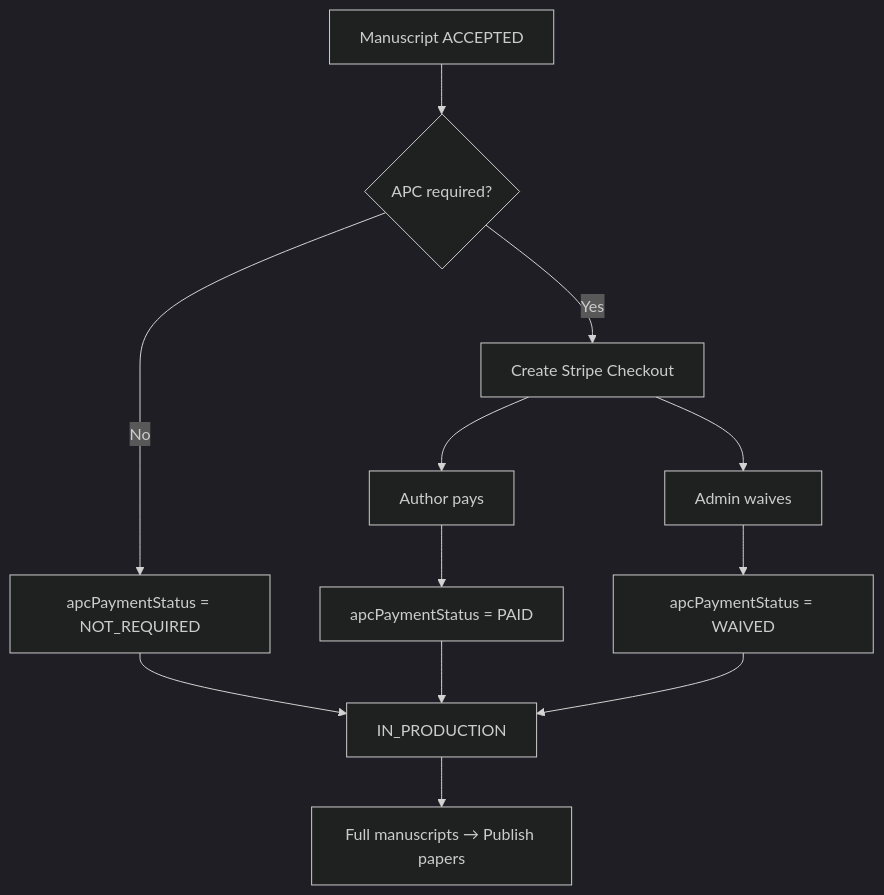
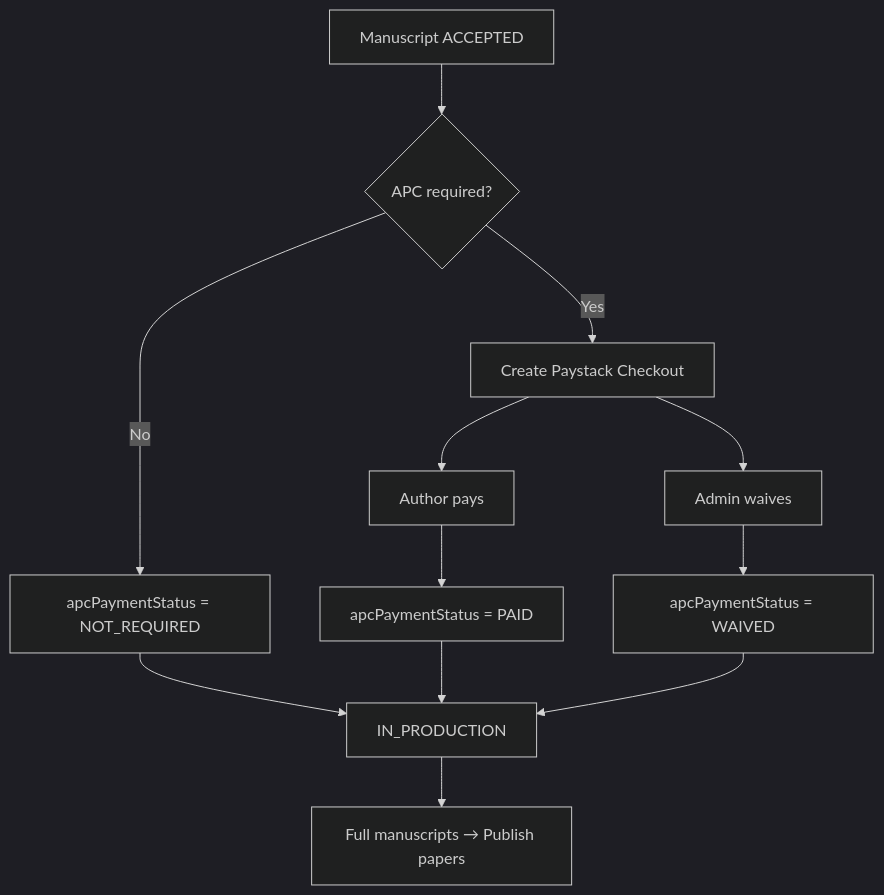
The fifth of 8 diagrams in README.md (Felixowusu20/AtlasPublishing), drawn with Mermaid (dark theme) before and after one commit. The commit also changed other lines of this file and 33 other files, not shown here.

First line of the commit message:
Replace Stripe with Paystack custom USD checkout and fix production uploads.

````diff
--- a/README.md
+++ b/README.md
@@ -212,14 +212,14 @@
 ```mermaid
 flowchart TD
   A[Manuscript ACCEPTED] --> B{APC required?}
   B -->|No| C[apcPaymentStatus = NOT_REQUIRED]
-  B -->|Yes| D[Create Stripe Checkout]
+  B -->|Yes| D[Create Paystack Checkout]
   D --> E[Author pays]
   E --> F[apcPaymentStatus = PAID]
   D --> G[Admin waives]
   G --> H[apcPaymentStatus = WAIVED]
   C --> I[IN_PRODUCTION]
   F --> I
   H --> I
   I --> J[Full manuscripts → Publish papers]
 ```
````
